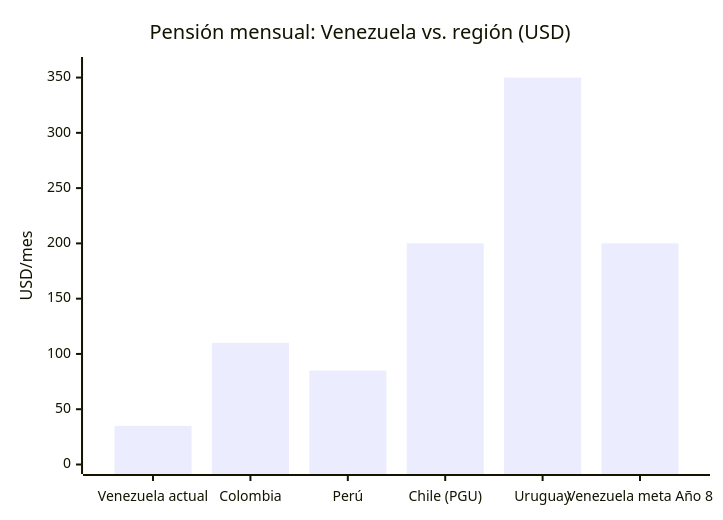
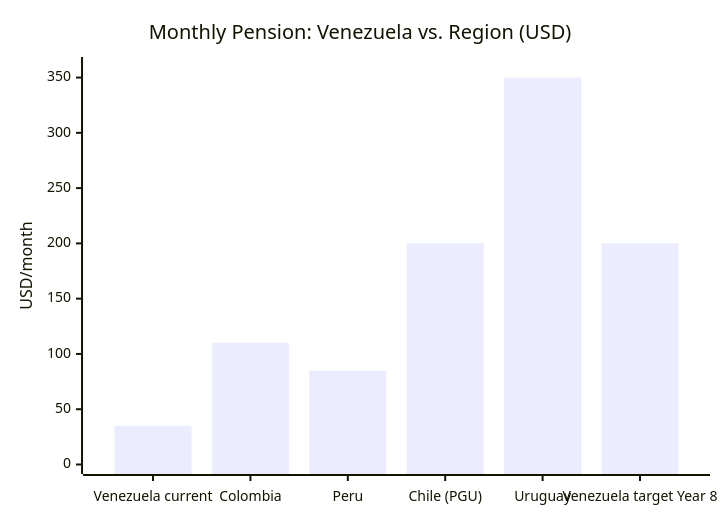
The first of 2 diagrams in i18n/en/docusaurus-plugin-content-docs/current/06-realidad/pensiones-seguridad-social.md (Venezuela-S-A/venezuela-sa), drawn with Mermaid before and after one commit. The commit also changed other lines of this file and 127 other files, not shown here.

````diff
--- a/i18n/en/docusaurus-plugin-content-docs/current/06-realidad/pensiones-seguridad-social.md
+++ b/i18n/en/docusaurus-plugin-content-docs/current/06-realidad/pensiones-seguridad-social.md
@@ -10,7 +10,7 @@
 ```mermaid
 xychart-beta
-    title "Pensión mensual: Venezuela vs. región (USD)"
-    x-axis ["Venezuela actual", "Colombia", "Perú", "Chile (PGU)", "Uruguay", "Venezuela meta Año 8"]
-    y-axis "USD/mes" 0 --> 360
+    title "Monthly Pension: Venezuela vs. Region (USD)"
+    x-axis ["Venezuela current", "Colombia", "Peru", "Chile (PGU)", "Uruguay", "Venezuela target Year 8"]
+    y-axis "USD/month" 0 --> 360
     bar [35, 110, 85, 200, 350, 200]
 ```
````
